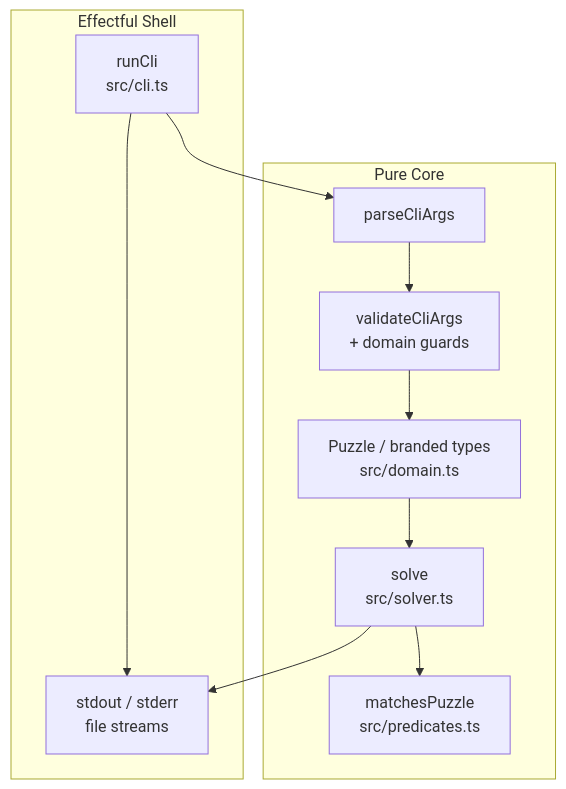
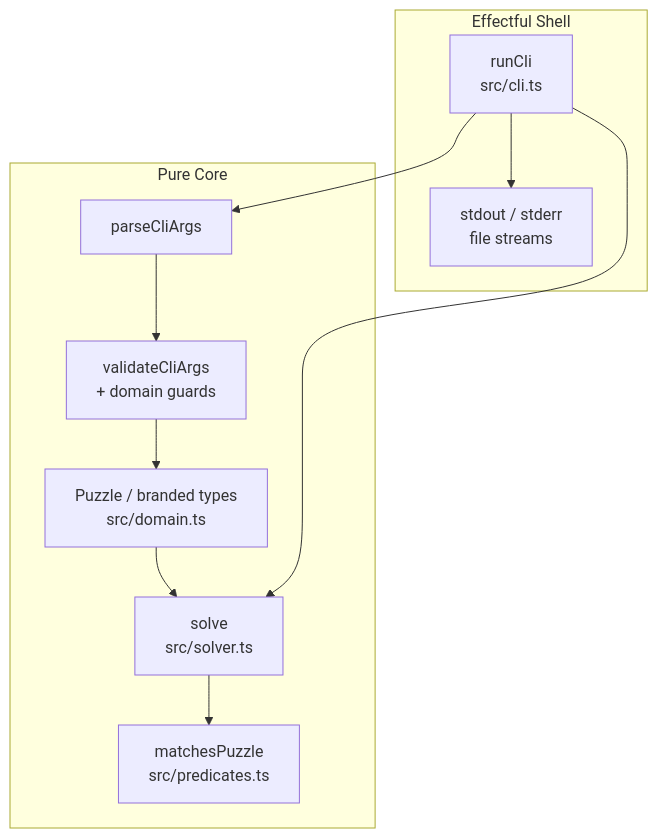
One commit to frankhjung/typescript-wordpuzzle changed the second of 2 diagrams in README.md. Above: the diagram before and after it, drawn with Mermaid. The commit also changed other lines of this file and 6 other files, not shown here.

````diff
--- a/README.md
+++ b/README.md
@@ -269,23 +269,23 @@
 ```mermaid
 flowchart TB
-  subgraph Shell[Effectful Shell]
-    CLI["runCli<br/>src/cli.ts"]
-    IO["stdout / stderr<br/>file streams"]
-  end
+    subgraph Shell[Effectful Shell]
+        CLI["runCli<br/>src/cli.ts"]
+        IO["stdout / stderr<br/>file streams"]
+    end
 
-  subgraph Core[Pure Core]
-    Parse[parseCliArgs]
-    Validate["validateCliArgs<br/>+ domain guards"]
-    Domain["Puzzle / branded types<br/>src/domain.ts"]
-    Solver["solve<br/>src/solver.ts"]
-    Pred["matchesPuzzle<br/>src/predicates.ts"]
-  end
+    subgraph Core[Pure Core]
+        Parse[parseCliArgs]
+        Validate["validateCliArgs<br/>+ domain guards"]
+        Domain["Puzzle / branded types<br/>src/domain.ts"]
+        Solver["solve<br/>src/solver.ts"]
+        Pred["matchesPuzzle<br/>src/predicates.ts"]
+    end
 
-  CLI --> Parse
-  Parse --> Validate
-  Validate --> Domain
-  Domain --> Solver
-  Solver --> Pred
-  CLI --> IO
-  Solver --> IO
+    CLI --> Parse
+    Parse --> Validate
+    Validate --> Domain
+    Domain --> Solver
+    Solver --> Pred
+    CLI --> IO
+    CLI --> Solver
 ```
````
